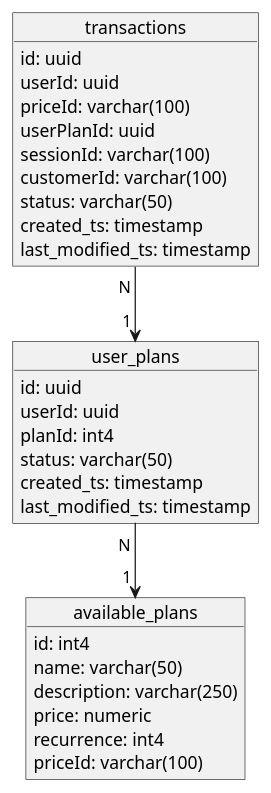
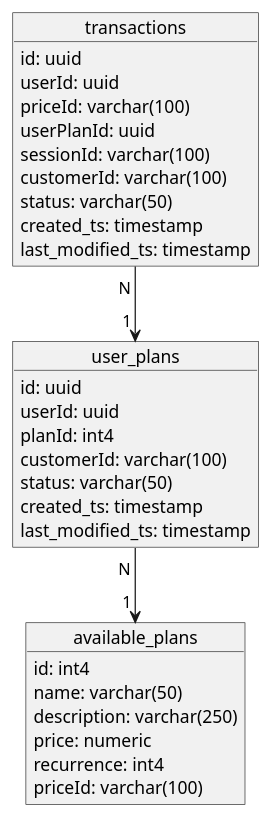
The diagram in README.md (talentaz/subscription_manager), drawn with PlantUML before and after one commit.

````diff
--- a/README.md
+++ b/README.md
@@ -17,35 +17,36 @@
 ```plantuml
 object transactions {
   id: uuid
   userId: uuid
   priceId: varchar(100)
   userPlanId: uuid
   sessionId: varchar(100)
   customerId: varchar(100)
   status: varchar(50)
   created_ts: timestamp
   last_modified_ts: timestamp
 }
 
 object user_plans {
   id: uuid
   userId: uuid
   planId: int4
+  customerId: varchar(100)
   status: varchar(50)
   created_ts: timestamp
   last_modified_ts: timestamp
 }
 
 object available_plans {
   id: int4
   name: varchar(50)
   description: varchar(250)
   price: numeric
   recurrence: int4
-  priceId: varchar(100)  
+  priceId: varchar(100)
 }
 
 
 transactions "N " --> "1 " user_plans
 user_plans "N " --> "1 " available_plans
 ```
````
